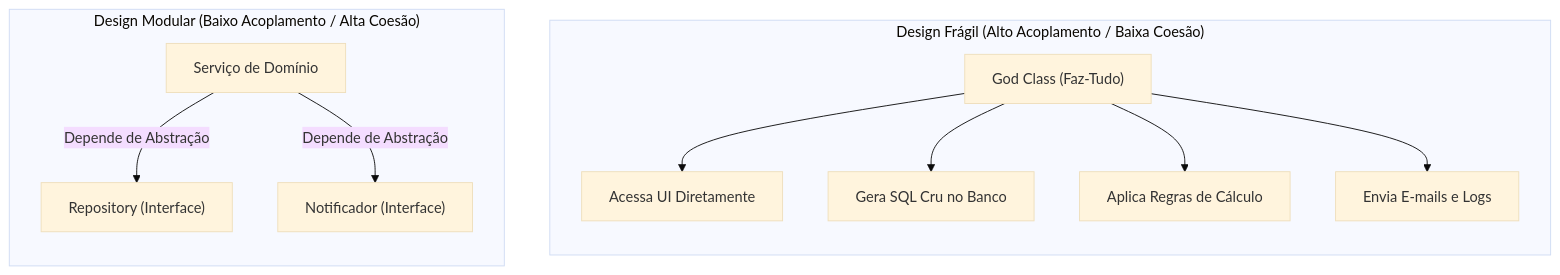
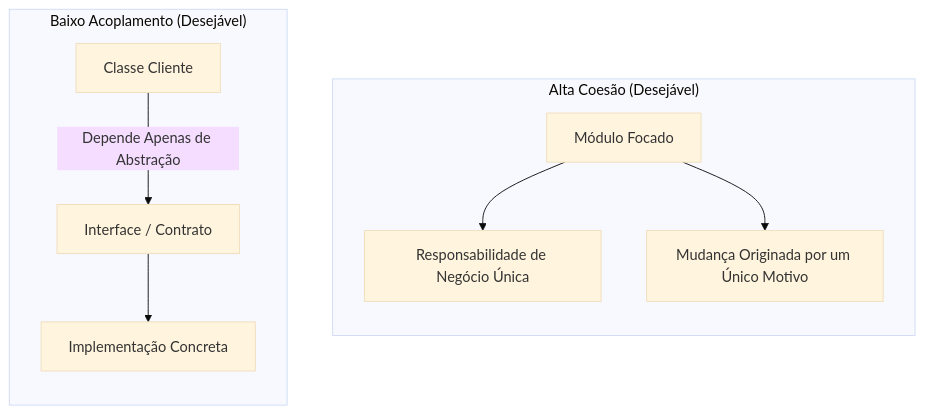
The sixth of 28 diagrams in 4º Semestre/[Prof. Wesley Soares] Engenharia de Software II/Resumos-IA/Caderno-Consolidado.md (murilolol/unifef), drawn with Mermaid (base theme) before and after one commit. The commit also changed other lines of this file and 40 other files, not shown here.

````diff
--- a/4º Semestre/[Prof. Wesley Soares] Engenharia de Software II/Resumos-IA/Caderno-Consolidado.md
+++ b/4º Semestre/[Prof. Wesley Soares] Engenharia de Software II/Resumos-IA/Caderno-Consolidado.md
@@ -364,17 +390,14 @@
 ```mermaid
 flowchart TD
-    subgraph AntipadraoDesign["Design Frágil (Alto Acoplamento / Baixa Coesão)"]
+    subgraph AltaCoesao["Alta Coesão (Desejável)"]
         direction TB
-        GC["God Class (Faz-Tudo)"]
-        GC --> D1["Acessa UI Diretamente"]
-        GC --> D2["Gera SQL Cru no Banco"]
-        GC --> D3["Aplica Regras de Cálculo"]
-        GC --> D4["Envia E-mails e Logs"]
+        M1["Módulo Focado"] --> T1["Responsabilidade de Negócio Única"]
+        M1 --> T2["Mudança Originada por um Único Motivo"]
     end
 
-    subgraph BomDesign["Design Modular (Baixo Acoplamento / Alta Coesão)"]
+    subgraph BaixoAcoplamento["Baixo Acoplamento (Desejável)"]
         direction TB
-        Svc["Serviço de Domínio"] -->|"Depende de Abstração"| Rep["Repository (Interface)"]
-        Svc -->|"Depende de Abstração"| Notif["Notificador (Interface)"]
+        C1["Classe Cliente"] -->|"Depende Apenas de Abstração"| INT["Interface / Contrato"]
+        INT --> C2["Implementação Concreta"]
     end
 ```
````
